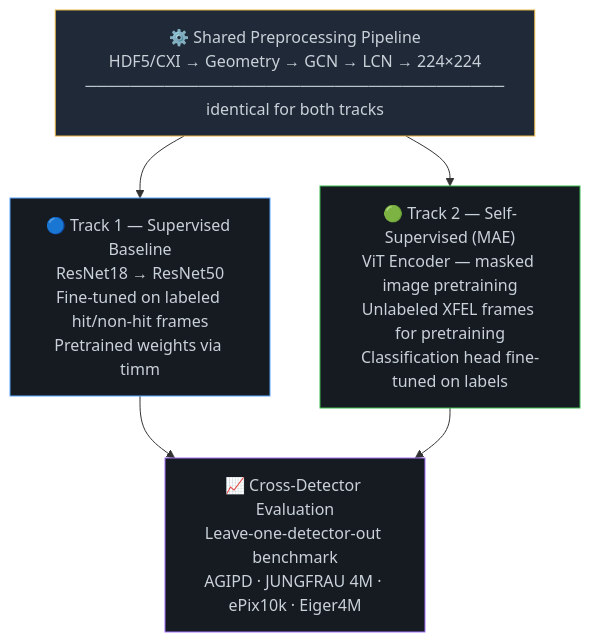
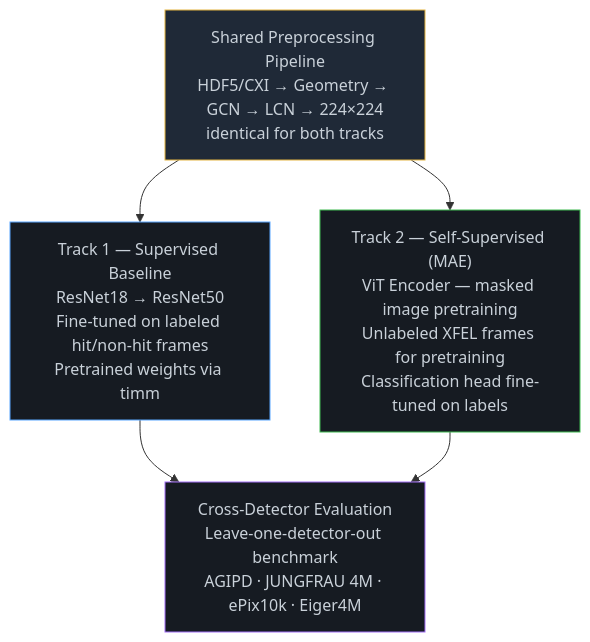
The second of 2 diagrams in README.md (gihankaushyal/Hit_finder), drawn with Mermaid before and after one commit. The commit also changed other lines of this file, not shown here.

Commit message:
fix: remove emoji and box-drawing chars from Mermaid node labels

````diff
--- a/README.md
+++ b/README.md
@@ -51,15 +51,15 @@
 ```mermaid
 flowchart TD
-    PP["⚙️ Shared Preprocessing Pipeline\nHDF5/CXI → Geometry → GCN → LCN → 224×224\n─────────────────────────────────────\nidentical for both tracks"]
+    PP["Shared Preprocessing Pipeline\nHDF5/CXI → Geometry → GCN → LCN → 224×224\nidentical for both tracks"]
 
-    PP --> T1["🔵 Track 1 — Supervised Baseline\nResNet18 → ResNet50\nFine-tuned on labeled hit/non-hit frames\nPretrained weights via timm"]
-    PP --> T2["🟢 Track 2 — Self-Supervised (MAE)\nViT Encoder — masked image pretraining\nUnlabeled XFEL frames for pretraining\nClassification head fine-tuned on labels"]
+    PP --> T1["Track 1 — Supervised Baseline\nResNet18 → ResNet50\nFine-tuned on labeled hit/non-hit frames\nPretrained weights via timm"]
+    PP --> T2["Track 2 — Self-Supervised (MAE)\nViT Encoder — masked image pretraining\nUnlabeled XFEL frames for pretraining\nClassification head fine-tuned on labels"]
 
-    T1 --> E["📈 Cross-Detector Evaluation\nLeave-one-detector-out benchmark\nAGIPD · JUNGFRAU 4M · ePix10k · Eiger4M"]
+    T1 --> E["Cross-Detector Evaluation\nLeave-one-detector-out benchmark\nAGIPD · JUNGFRAU 4M · ePix10k · Eiger4M"]
     T2 --> E
 
     style PP fill:#1f2937,stroke:#e3b341,color:#c9d1d9
     style T1 fill:#161b22,stroke:#58a6ff,color:#c9d1d9
     style T2 fill:#161b22,stroke:#3fb950,color:#c9d1d9
     style E fill:#161b22,stroke:#a371f7,color:#c9d1d9
 ```
````
